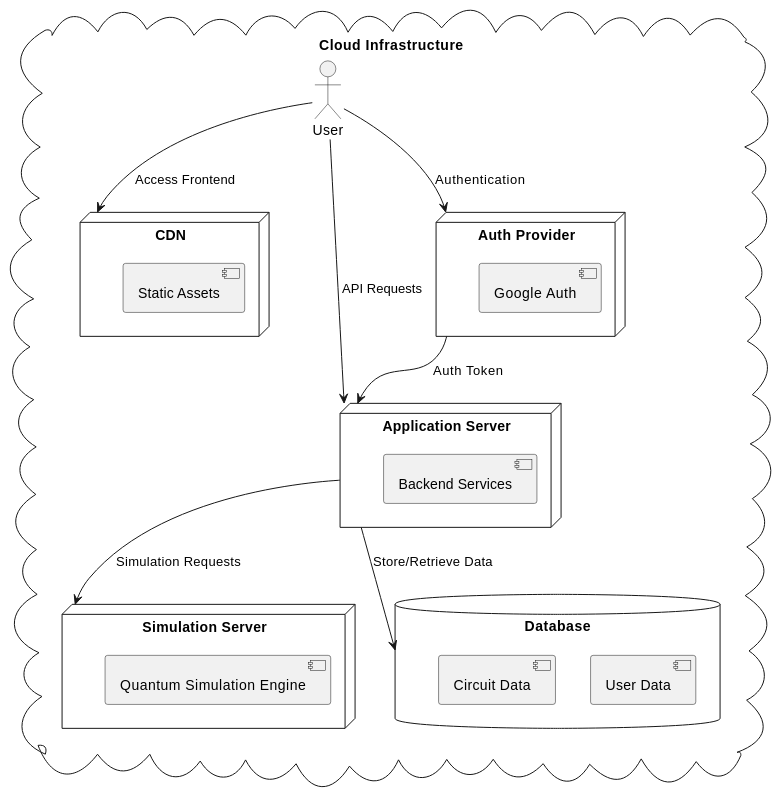
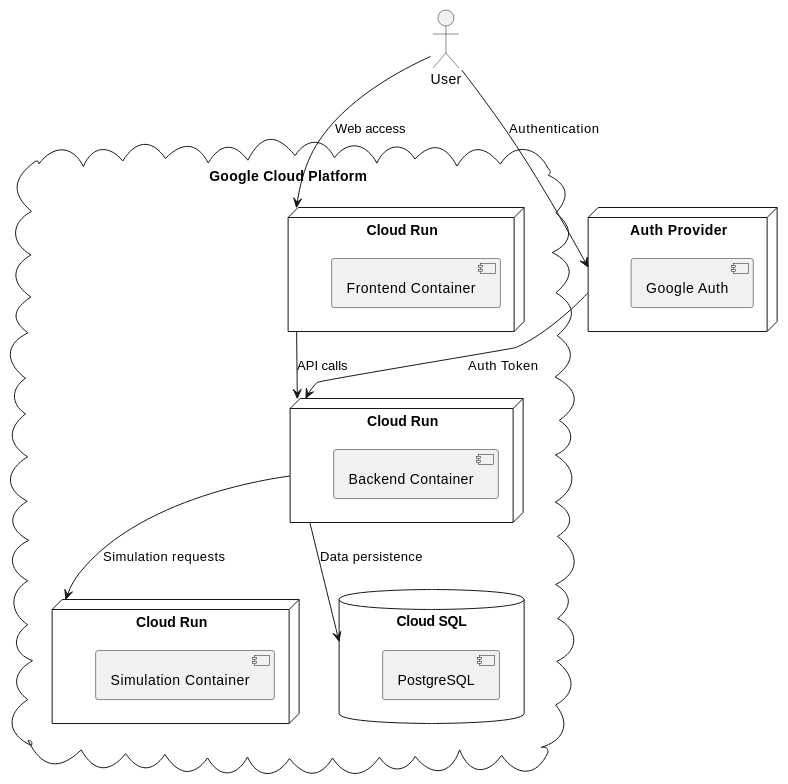
Before and after one commit to snark87/vibe-coding-experiment: diagram 11 of 11 in docs/high_level_architecture.md, drawn with PlantUML. The commit also changed other lines of this file and 1 other file, not shown here.

First line of the commit message:
docs: Address review comments in high-level architecture document

````diff
--- a/docs/high_level_architecture.md
+++ b/docs/high_level_architecture.md
@@ -356,36 +432,35 @@
 ```puml
 @startuml
-cloud "Cloud Infrastructure" {
-  node "CDN" as CDN {
-    [Static Assets]
+cloud "Google Cloud Platform" {
+  node "Cloud Run" as FrontendService {
+    [Frontend Container]
   }
   
-  node "Application Server" as AppServer {
-    [Backend Services]
+  node "Cloud Run" as BackendService {
+    [Backend Container]
   }
   
-  node "Simulation Server" as SimServer {
-    [Quantum Simulation Engine]
+  node "Cloud Run" as SimulationService {
+    [Simulation Container]
   }
   
-  database "Database" as DB {
-    [User Data]
-    [Circuit Data]
+  database "Cloud SQL" as DB {
+    [PostgreSQL]
   }
   
-  actor "User" as User
-  
-  User --> CDN: Access Frontend
-  User --> AppServer: API Requests
-  AppServer --> DB: Store/Retrieve Data
-  AppServer --> SimServer: Simulation Requests
-  
-  node "Auth Provider" as Auth {
-    [Google Auth]
-  }
-  
-  User --> Auth: Authentication
-  Auth --> AppServer: Auth Token
+  FrontendService --> BackendService: API calls
+  BackendService --> SimulationService: Simulation requests
+  BackendService --> DB: Data persistence
 }
+
+actor "User" as User
+User --> FrontendService: Web access
+
+node "Auth Provider" as Auth {
+  [Google Auth]
+}
+
+User --> Auth: Authentication
+Auth --> BackendService: Auth Token
 @enduml
 ```
````
